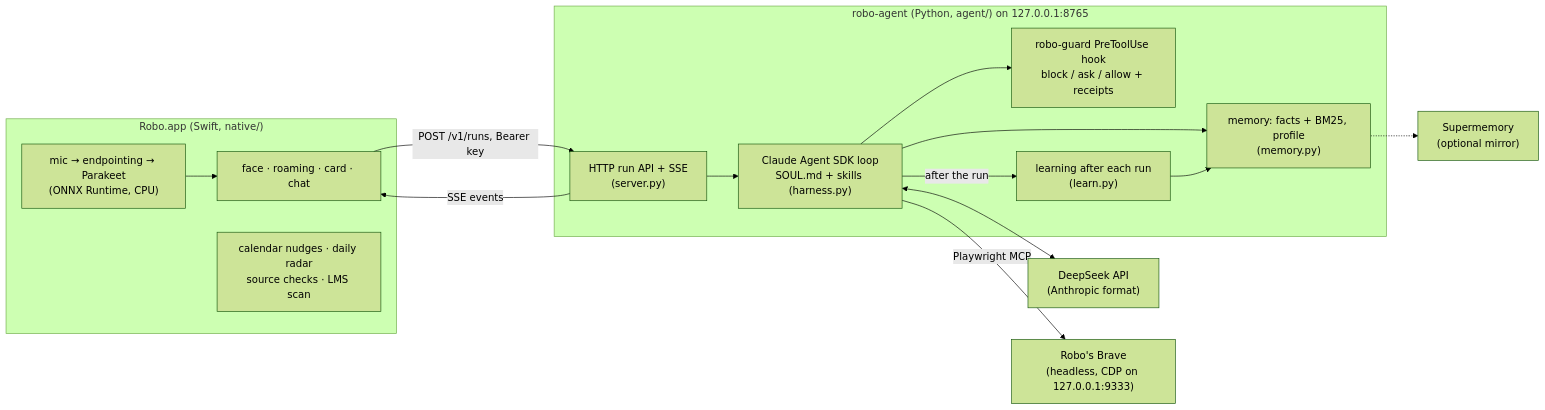
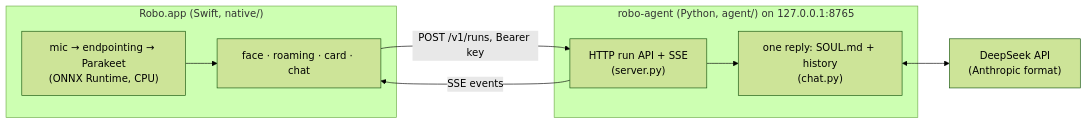
One commit to tbaolong45/robo changed the diagram in README.md. Above: the diagram before and after it, drawn with Mermaid (forest theme). The commit also changed other lines of this file and 120 other files, not shown here.

First line of the commit message:
Robo becomes a plain chatbot: no tools, the owner designs the harness

````diff
--- a/README.md
+++ b/README.md
@@ -12,30 +11,18 @@
 ```mermaid
 flowchart LR
     subgraph App["Robo.app (Swift, native/)"]
         Mic["mic → endpointing → Parakeet<br/>(ONNX Runtime, CPU)"]
         UI["face · roaming · card · chat"]
-        Active["calendar nudges · daily radar<br/>source checks · LMS scan"]
     end
-    subgraph Agent["robo-agent (Python, agent/) on 127.0.0.1:8765"]
+    subgraph Service["robo-agent (Python, agent/) on 127.0.0.1:8765"]
         Server["HTTP run API + SSE<br/>(server.py)"]
-        Harness["Claude Agent SDK loop<br/>SOUL.md + skills (harness.py)"]
-        Guard["robo-guard PreToolUse hook<br/>block / ask / allow + receipts"]
-        Memory["memory: facts + BM25, profile<br/>(memory.py)"]
-        Learn["learning after each run<br/>(learn.py)"]
+        Chat["one reply: SOUL.md + history<br/>(chat.py)"]
     end
-    Claude["DeepSeek API<br/>(Anthropic format)"]
-    Brave["Robo's Brave<br/>(headless, CDP on 127.0.0.1:9333)"]
-    SM["Supermemory<br/>(optional mirror)"]
+    DeepSeek["DeepSeek API<br/>(Anthropic format)"]
 
     Mic --> UI
     UI -- "POST /v1/runs, Bearer key" --> Server
     Server -- "SSE events" --> UI
-    Server --> Harness
-    Harness --> Guard
-    Harness --> Memory
-    Harness -- "after the run" --> Learn
-    Learn --> Memory
-    Harness <--> Claude
-    Harness -- "Playwright MCP" --> Brave
-    Memory -.-> SM
+    Server --> Chat
+    Chat <--> DeepSeek
 ```
````
